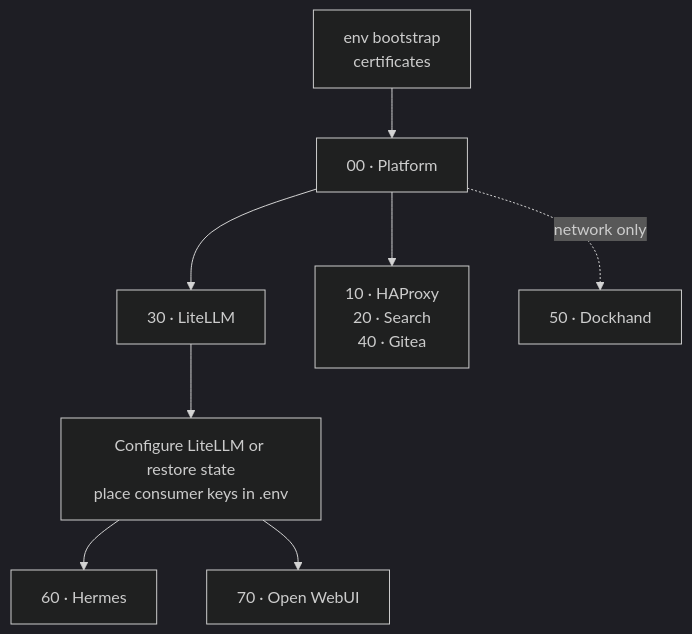
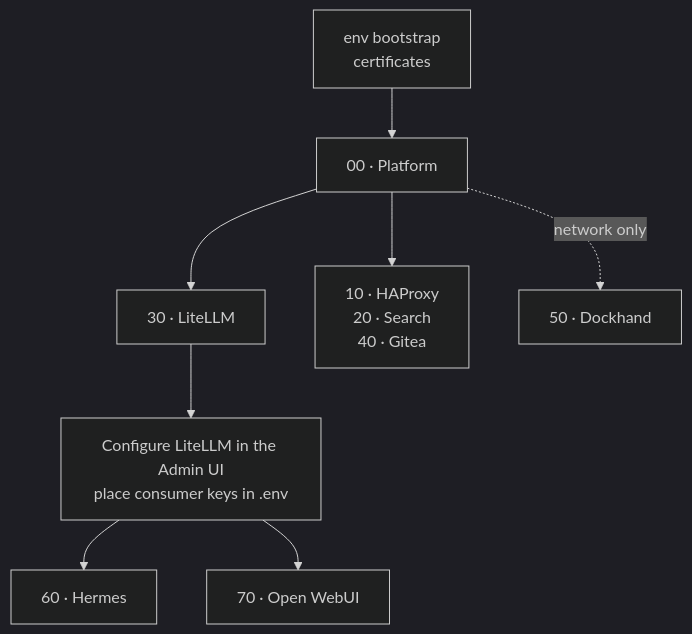
The second of 2 diagrams in docs/operations.md (ea1het/local_hybrid_ai), drawn with Mermaid (dark theme) before and after one commit. The commit also changed other lines of this file and 8 other files, not shown here.

````diff
--- a/docs/operations.md
+++ b/docs/operations.md
@@ -35,9 +35,9 @@
 ```mermaid
 flowchart TB
     env["env bootstrap<br/>certificates"] --> s00["00 · Platform"]
     s00 --> s30["30 · LiteLLM"]
     s00 --> rest["10 · HAProxy<br/>20 · Search<br/>40 · Gitea"]
     s00 -.->|network only| s50["50 · Dockhand"]
-    s30 --> config["Configure LiteLLM or restore state<br/>place consumer keys in .env"]
+    s30 --> config["Configure LiteLLM in the Admin UI<br/>place consumer keys in .env"]
     config --> s60["60 · Hermes"] & s70["70 · Open WebUI"]
 ```
````
